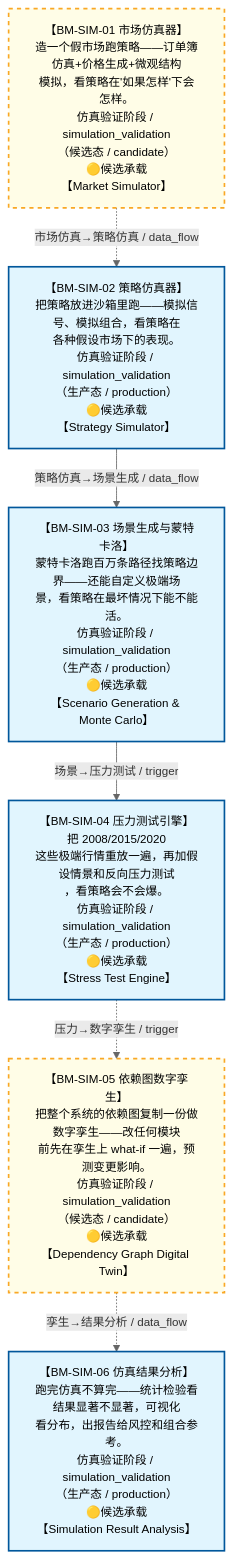
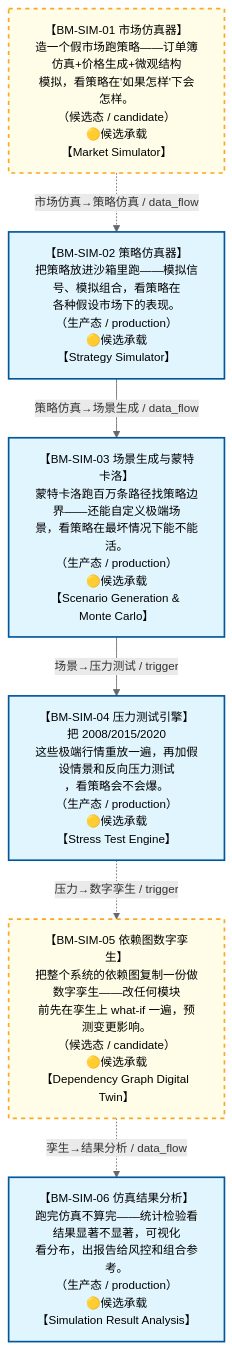
Before and after one commit to xuanFelixVan/ZephyrAlpha: the diagram in docs/02_enterprise_architecture/07_trading_decision_architecture/battle_map/battle_map_04_simulation_validation.md, drawn with Mermaid. The commit also changed 173 other files, not shown here.

````diff
--- a/docs/02_enterprise_architecture/07_trading_decision_architecture/battle_map/battle_map_04_simulation_validation.md
+++ b/docs/02_enterprise_architecture/07_trading_decision_architecture/battle_map/battle_map_04_simulation_validation.md
@@ -38,23 +38,23 @@
 ```mermaid
 %%{init: {'theme': 'base', 'themeVariables': {'primaryColor': '#eaeaea', 'primaryTextColor': '#333333', 'primaryBorderColor': '#666666', 'lineColor': '#666666', 'secondaryColor': '#eaeaea', 'tertiaryColor': '#eaeaea', 'clusterBkg': 'transparent', 'clusterBorder': 'transparent', 'fontSize': '14px'}}}%%
 %% 仿真验证阶段图
 flowchart TD
-    BM_SIM_01["【BM-SIM-01 市场仿真器】<br/>造一个假市场跑策略——订单簿仿真+价格生成+微观结构<br/>模拟，看策略在'如果怎样'下会怎样。<br/>仿真验证阶段 / simulation_validation<br/>（候选态 / candidate）<br/>🟡候选承载<br/>【Market Simulator】"]
-    BM_SIM_02["【BM-SIM-02 策略仿真器】<br/>把策略放进沙箱里跑——模拟信号、模拟组合，看策略在<br/>各种假设市场下的表现。<br/>仿真验证阶段 / simulation_validation<br/>（生产态 / production）<br/>🟡候选承载<br/>【Strategy Simulator】"]
-    BM_SIM_03["【BM-SIM-03 场景生成与蒙特卡洛】<br/>蒙特卡洛跑百万条路径找策略边界——还能自定义极端场<br/>景，看策略在最坏情况下能不能活。<br/>仿真验证阶段 / simulation_validation<br/>（生产态 / production）<br/>🟡候选承载<br/>【Scenario Generation &amp; Monte Carlo】"]
-    BM_SIM_04["【BM-SIM-04 压力测试引擎】<br/>把 2008/2015/2020<br/>这些极端行情重放一遍，再加假设情景和反向压力测试<br/>，看策略会不会爆。<br/>仿真验证阶段 / simulation_validation<br/>（生产态 / production）<br/>🟡候选承载<br/>【Stress Test Engine】"]
-    BM_SIM_05["【BM-SIM-05 依赖图数字孪生】<br/>把整个系统的依赖图复制一份做数字孪生——改任何模块<br/>前先在孪生上 what-if 一遍，预测变更影响。<br/>仿真验证阶段 / simulation_validation<br/>（候选态 / candidate）<br/>🟡候选承载<br/>【Dependency Graph Digital Twin】"]
-    BM_SIM_06["【BM-SIM-06 仿真结果分析】<br/>跑完仿真不算完——统计检验看结果显著不显著，可视化<br/>看分布，出报告给风控和组合参考。<br/>仿真验证阶段 / simulation_validation<br/>（生产态 / production）<br/>🟡候选承载<br/>【Simulation Result Analysis】"]
+    BM_SIM_01["【BM-SIM-01 市场仿真器】<br/>造一个假市场跑策略——订单簿仿真+价格生成+微观结构<br/>模拟，看策略在'如果怎样'下会怎样。<br/>（候选态 / candidate）<br/>🟡候选承载<br/>【Market Simulator】"]
+    BM_SIM_02["【BM-SIM-02 策略仿真器】<br/>把策略放进沙箱里跑——模拟信号、模拟组合，看策略在<br/>各种假设市场下的表现。<br/>（生产态 / production）<br/>🟡候选承载<br/>【Strategy Simulator】"]
+    BM_SIM_03["【BM-SIM-03 场景生成与蒙特卡洛】<br/>蒙特卡洛跑百万条路径找策略边界——还能自定义极端场<br/>景，看策略在最坏情况下能不能活。<br/>（生产态 / production）<br/>🟡候选承载<br/>【Scenario Generation &amp; Monte Carlo】"]
+    BM_SIM_04["【BM-SIM-04 压力测试引擎】<br/>把 2008/2015/2020<br/>这些极端行情重放一遍，再加假设情景和反向压力测试<br/>，看策略会不会爆。<br/>（生产态 / production）<br/>🟡候选承载<br/>【Stress Test Engine】"]
+    BM_SIM_05["【BM-SIM-05 依赖图数字孪生】<br/>把整个系统的依赖图复制一份做数字孪生——改任何模块<br/>前先在孪生上 what-if 一遍，预测变更影响。<br/>（候选态 / candidate）<br/>🟡候选承载<br/>【Dependency Graph Digital Twin】"]
+    BM_SIM_06["【BM-SIM-06 仿真结果分析】<br/>跑完仿真不算完——统计检验看结果显著不显著，可视化<br/>看分布，出报告给风控和组合参考。<br/>（生产态 / production）<br/>🟡候选承载<br/>【Simulation Result Analysis】"]
     BM_SIM_01 -.->|市场仿真→策略仿真 / data_flow| BM_SIM_02
     BM_SIM_02 -->|策略仿真→场景生成 / data_flow| BM_SIM_03
     BM_SIM_03 -->|场景→压力测试 / trigger| BM_SIM_04
     BM_SIM_04 -.->|压力→数字孪生 / trigger| BM_SIM_05
     BM_SIM_05 -.->|孪生→结果分析 / data_flow| BM_SIM_06
 classDef production fill:#e1f5fe,stroke:#01579b,stroke-width:2px,color:#000
 classDef design fill:#fff3e0,stroke:#e65100,stroke-width:2px,color:#000,stroke-dasharray: 5 5
 classDef deprecated fill:#ffebee,stroke:#c62828,stroke-width:2px,color:#000
 classDef missing fill:#eeeeee,stroke:#9e9e9e,stroke-width:2px,color:#000
 classDef candidate fill:#fffde7,stroke:#f9a825,stroke-width:2px,color:#000,stroke-dasharray: 5 5
     class BM_SIM_02,BM_SIM_03,BM_SIM_04,BM_SIM_06 production
     class BM_SIM_01,BM_SIM_05 candidate
 ```
````
